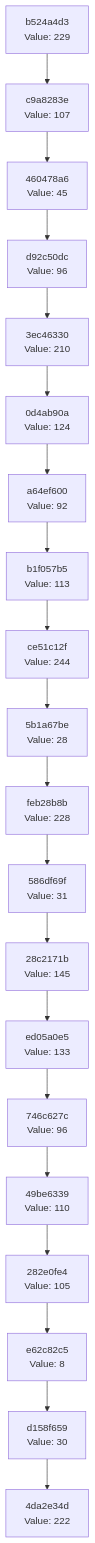
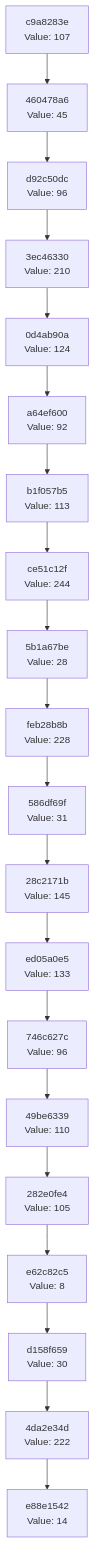
Before and after one commit to Abhisheksinha1506/hash-chain-evolver: the diagram in docs/CHAIN_VISUALIZATION.md, drawn with Mermaid. The commit also changed 3 other files, not shown here.

````diff
--- a/docs/CHAIN_VISUALIZATION.md
+++ b/docs/CHAIN_VISUALIZATION.md
@@ -3,42 +3,42 @@
 ```mermaid
 graph TD
-    C0["4da2e34d<br/>Value: 222"]
-    C1["d158f659<br/>Value: 30"]
+    C0["e88e1542<br/>Value: 14"]
+    C1["4da2e34d<br/>Value: 222"]
     C1 --> C0
-    C2["e62c82c5<br/>Value: 8"]
+    C2["d158f659<br/>Value: 30"]
     C2 --> C1
-    C3["282e0fe4<br/>Value: 105"]
+    C3["e62c82c5<br/>Value: 8"]
     C3 --> C2
-    C4["49be6339<br/>Value: 110"]
+    C4["282e0fe4<br/>Value: 105"]
     C4 --> C3
-    C5["746c627c<br/>Value: 96"]
+    C5["49be6339<br/>Value: 110"]
     C5 --> C4
-    C6["ed05a0e5<br/>Value: 133"]
+    C6["746c627c<br/>Value: 96"]
     C6 --> C5
-    C7["28c2171b<br/>Value: 145"]
+    C7["ed05a0e5<br/>Value: 133"]
     C7 --> C6
-    C8["586df69f<br/>Value: 31"]
+    C8["28c2171b<br/>Value: 145"]
     C8 --> C7
-    C9["feb28b8b<br/>Value: 228"]
+    C9["586df69f<br/>Value: 31"]
     C9 --> C8
-    C10["5b1a67be<br/>Value: 28"]
+    C10["feb28b8b<br/>Value: 228"]
     C10 --> C9
-    C11["ce51c12f<br/>Value: 244"]
+    C11["5b1a67be<br/>Value: 28"]
     C11 --> C10
-    C12["b1f057b5<br/>Value: 113"]
+    C12["ce51c12f<br/>Value: 244"]
     C12 --> C11
-    C13["a64ef600<br/>Value: 92"]
+    C13["b1f057b5<br/>Value: 113"]
     C13 --> C12
-    C14["0d4ab90a<br/>Value: 124"]
+    C14["a64ef600<br/>Value: 92"]
     C14 --> C13
-    C15["3ec46330<br/>Value: 210"]
+    C15["0d4ab90a<br/>Value: 124"]
     C15 --> C14
-    C16["d92c50dc<br/>Value: 96"]
+    C16["3ec46330<br/>Value: 210"]
     C16 --> C15
-    C17["460478a6<br/>Value: 45"]
+    C17["d92c50dc<br/>Value: 96"]
     C17 --> C16
-    C18["c9a8283e<br/>Value: 107"]
+    C18["460478a6<br/>Value: 45"]
     C18 --> C17
-    C19["b524a4d3<br/>Value: 229"]
+    C19["c9a8283e<br/>Value: 107"]
     C19 --> C18
 ```
````
